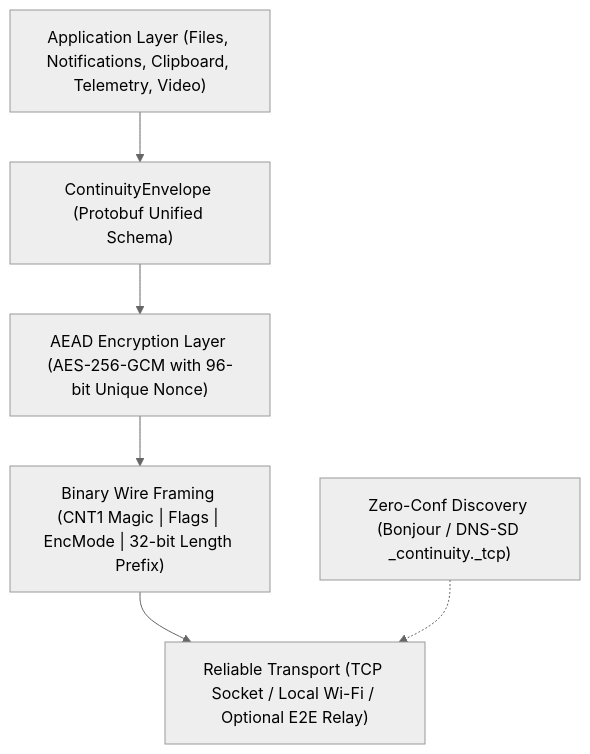
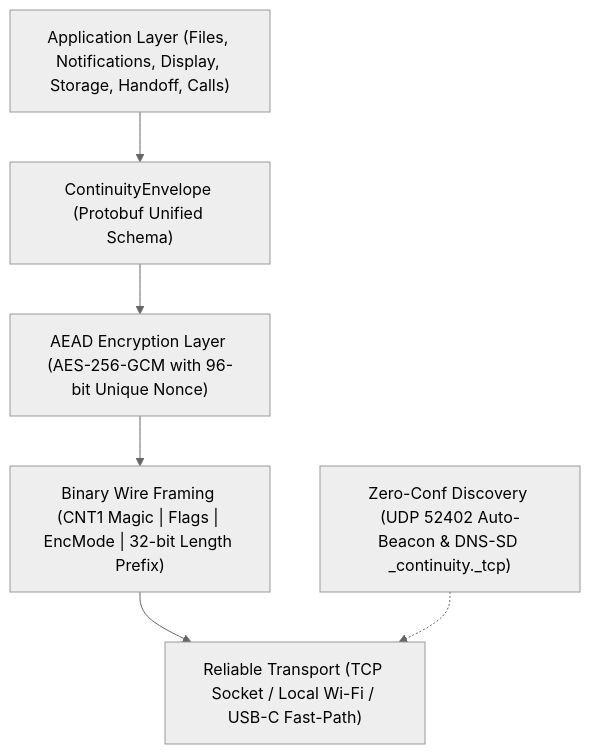
Before and after one commit to abdo544445/android-mac-continuity: the first of 4 diagrams in README.md, drawn with Mermaid (neutral theme). The commit also changed other lines of this file, not shown here.

````diff
--- a/README.md
+++ b/README.md
@@ -104,15 +129,15 @@
 ```mermaid
 graph TD
-    App["Application Layer (Files, Notifications, Clipboard, Telemetry, Video)"]
+    App["Application Layer (Files, Notifications, Display, Storage, Handoff, Calls)"]
     Env["ContinuityEnvelope (Protobuf Unified Schema)"]
     Framing["Binary Wire Framing (CNT1 Magic | Flags | EncMode | 32-bit Length Prefix)"]
     Crypto["AEAD Encryption Layer (AES-256-GCM with 96-bit Unique Nonce)"]
-    Transport["Reliable Transport (TCP Socket / Local Wi-Fi / Optional E2E Relay)"]
-    Discovery["Zero-Conf Discovery (Bonjour / DNS-SD _continuity._tcp)"]
+    Transport["Reliable Transport (TCP Socket / Local Wi-Fi / USB-C Fast-Path)"]
+    Discovery["Zero-Conf Discovery (UDP 52402 Auto-Beacon & DNS-SD _continuity._tcp)"]
 
     App --> Env
     Env --> Crypto
     Crypto --> Framing
     Framing --> Transport
     Discovery -.-> Transport
 ```
````
